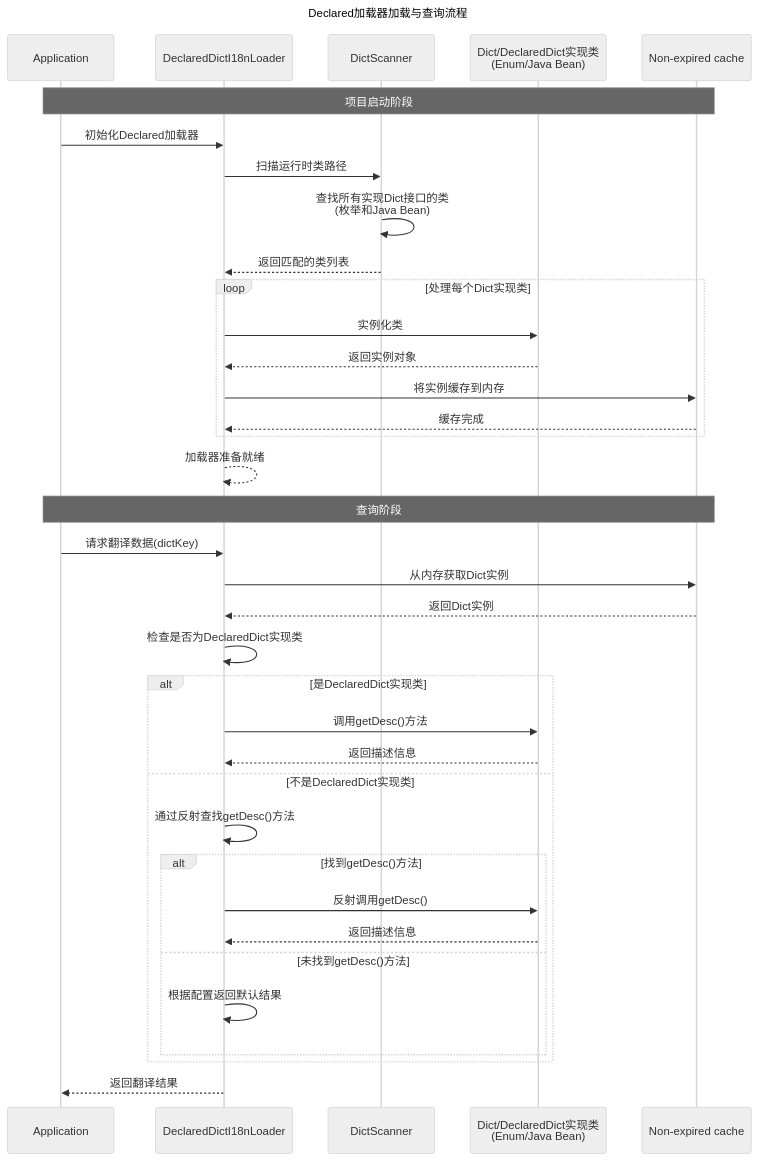
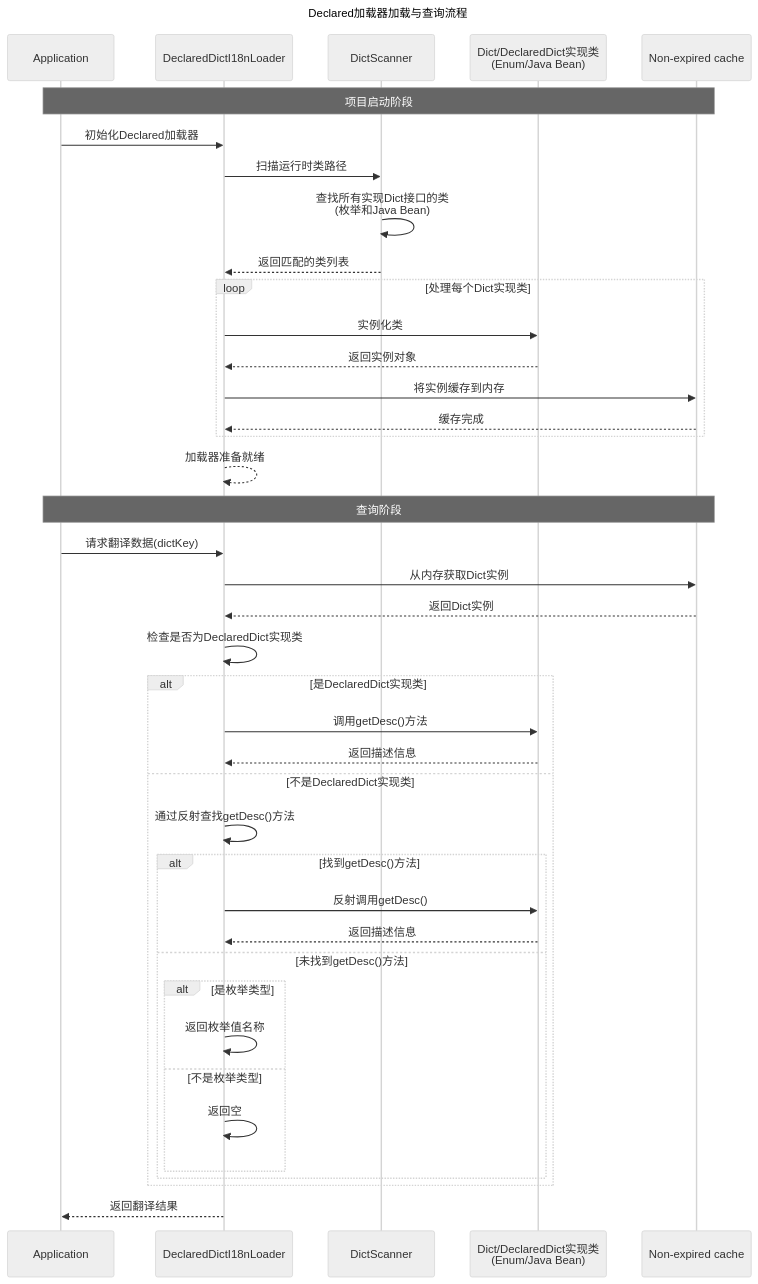
The fifth of 5 diagrams in docs/zh/loader/加载器说明.md (Silwings-git/dict-i18n), drawn with Mermaid (neutral theme) before and after one commit. The commit also changed other lines of this file and 15 other files, not shown here.

````diff
--- a/docs/zh/loader/加载器说明.md
+++ b/docs/zh/loader/加载器说明.md
@@ -314,41 +315,45 @@
    ```mermaid
    sequenceDiagram
   title Declared加载器加载与查询流程
   participant App as Application
   participant Loader as DeclaredDictI18nLoader
   participant Scanner as DictScanner
   participant DictImpl as Dict/DeclaredDict实现类<br/>(Enum/Java Bean)
   participant Cache as Non-expired cache
 
   Note over App,Cache: 项目启动阶段
   App->>Loader: 初始化Declared加载器
   Loader->>Scanner: 扫描运行时类路径
   Scanner->>Scanner: 查找所有实现Dict接口的类<br/>(枚举和Java Bean)
   Scanner-->>Loader: 返回匹配的类列表
   loop 处理每个Dict实现类
     Loader->>DictImpl: 实例化类
     DictImpl-->>Loader: 返回实例对象
     Loader->>Cache: 将实例缓存到内存
     Cache-->>Loader: 缓存完成
   end
   
   Loader-->>Loader: 加载器准备就绪
   Note over App,Cache: 查询阶段
   App->>Loader: 请求翻译数据(dictKey)
   Loader->>Cache: 从内存获取Dict实例
   Cache-->>Loader: 返回Dict实例
   Loader->>Loader: 检查是否为DeclaredDict实现类
   alt 是DeclaredDict实现类
     Loader->>DictImpl: 调用getDesc()方法
     DictImpl-->>Loader: 返回描述信息
   else 不是DeclaredDict实现类
     Loader->>Loader: 通过反射查找getDesc()方法
     alt 找到getDesc()方法
       Loader->>DictImpl: 反射调用getDesc()
       DictImpl-->>Loader: 返回描述信息
     else 未找到getDesc()方法
-      Loader->>Loader: 根据配置返回默认结果
+       alt 是枚举类型
+            Loader->>Loader: 返回枚举值名称
+        else 不是枚举类型
+            Loader->>Loader: 返回空
+        end    
     end
   end
   Loader-->>App: 返回翻译结果
    ```
````
